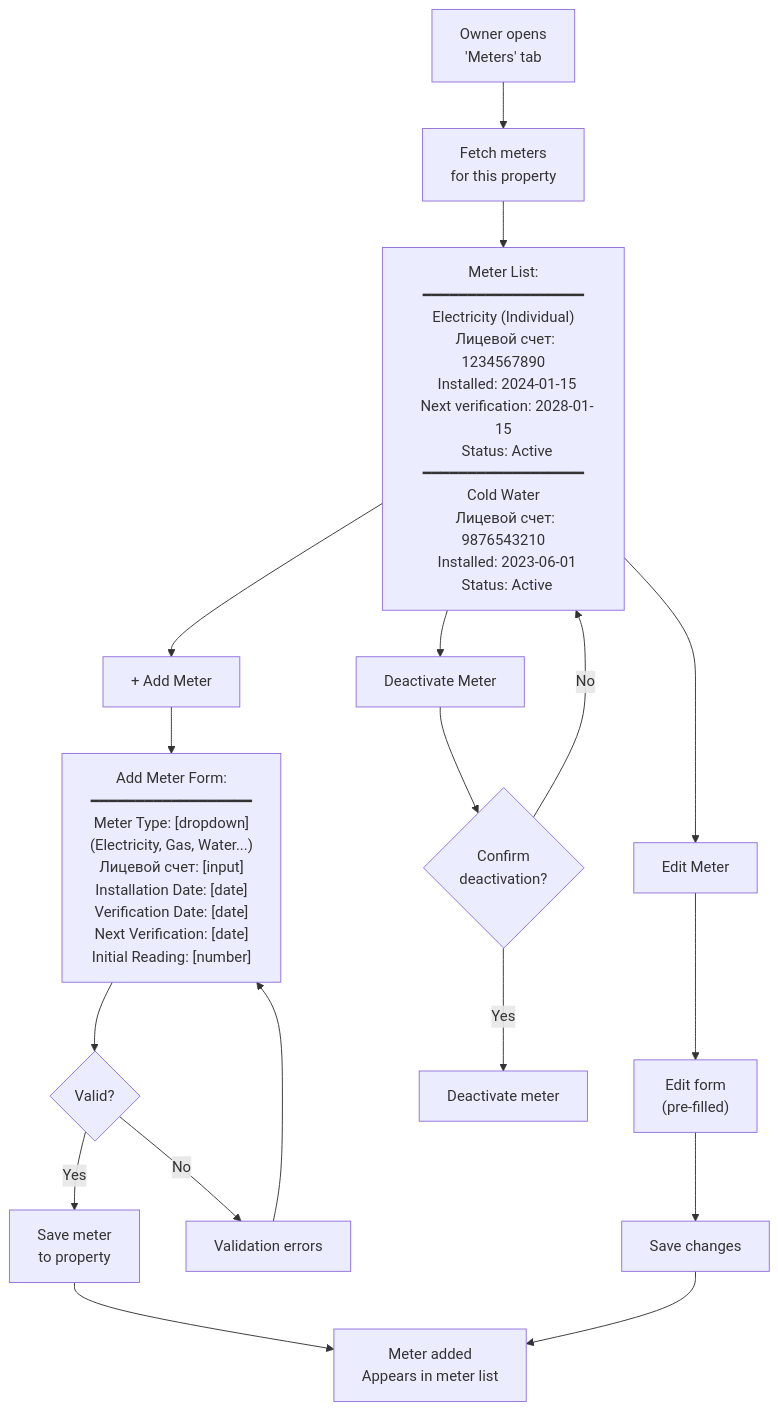
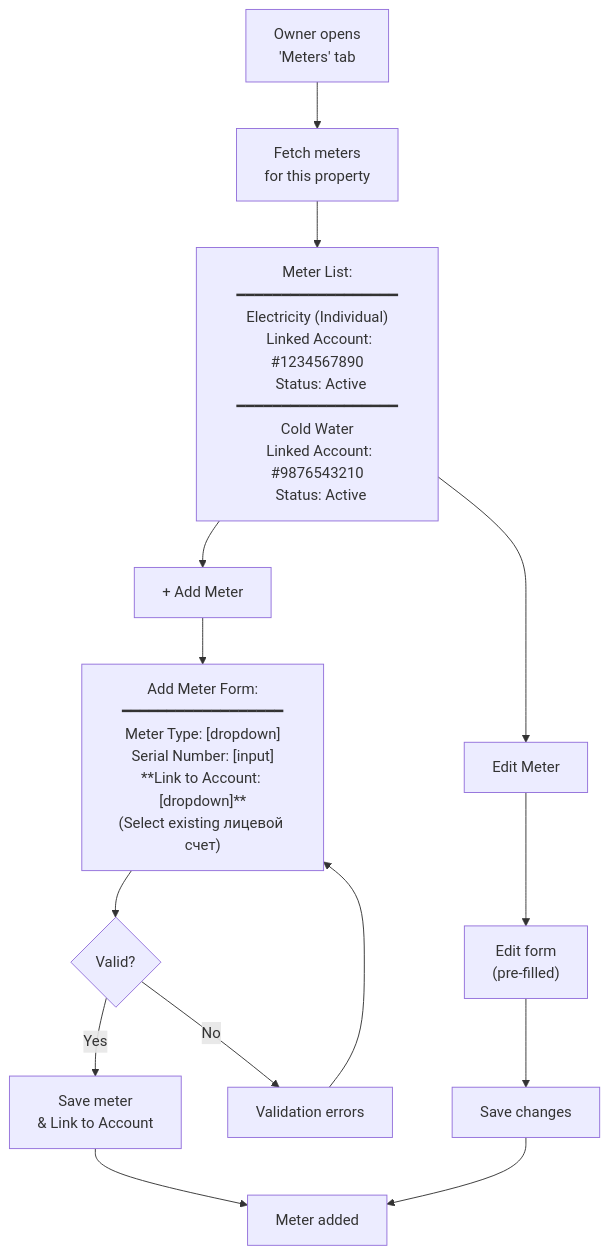
One commit to saodatm-dev/Utilities---Informational-Architecture changed the fourth of 10 diagrams in Utilities - Business Owner.md. Above: the diagram before and after it, drawn with Mermaid. The commit also changed other lines of this file, not shown here.

Commit message:
feat: introduce per-utility account payment responsibility for owners, tenants, and update related flows and UI.

````diff
--- a/Utilities - Business Owner.md
+++ b/Utilities - Business Owner.md
@@ -99,27 +104,22 @@
 ```mermaid
 flowchart TD
     METERS["Owner opens<br/>'Meters' tab"] --> LIST["Fetch meters<br/>for this property"]
 
-    LIST --> VIEW["Meter List:<br/>━━━━━━━━━━━━━━━━━━<br/>Electricity (Individual)<br/>  Лицевой счет: 1234567890<br/>  Installed: 2024-01-15<br/>  Next verification: 2028-01-15<br/>  Status: Active<br/>━━━━━━━━━━━━━━━━━━<br/>Cold Water<br/>  Лицевой счет: 9876543210<br/>  Installed: 2023-06-01<br/>  Status: Active"]
+    LIST --> VIEW["Meter List:<br/>━━━━━━━━━━━━━━━━━━<br/>Electricity (Individual)<br/>  Linked Account: #1234567890<br/>  Status: Active<br/>━━━━━━━━━━━━━━━━━━<br/>Cold Water<br/>  Linked Account: #9876543210<br/>  Status: Active"]
 
     VIEW --> ADD_BTN["+ Add Meter"]
     VIEW --> EDIT_BTN["Edit Meter"]
-    VIEW --> DEACTIVATE["Deactivate Meter"]
 
-    ADD_BTN --> ADD_FORM["Add Meter Form:<br/>━━━━━━━━━━━━━━━━━━<br/>Meter Type: [dropdown]<br/>  (Electricity, Gas, Water...)<br/>Лицевой счет: [input]<br/>Installation Date: [date]<br/>Verification Date: [date]<br/>Next Verification: [date]<br/>Initial Reading: [number]"]
+    ADD_BTN --> ADD_FORM["Add Meter Form:<br/>━━━━━━━━━━━━━━━━━━<br/>Meter Type: [dropdown]<br/>Serial Number: [input]<br/>**Link to Account: [dropdown]**<br/>(Select existing лицевой счет)"]
 
     ADD_FORM --> VALIDATE_FORM{"Valid?"}
-    VALIDATE_FORM -->|"Yes"| SAVE["Save meter<br/>to property"]
+    VALIDATE_FORM -->|"Yes"| SAVE["Save meter<br/>& Link to Account"]
     VALIDATE_FORM -->|"No"| ERROR["Validation errors"]
     ERROR --> ADD_FORM
 
-    SAVE --> SUCCESS["Meter added<br/>Appears in meter list"]
+    SAVE --> SUCCESS["Meter added"]
 
     EDIT_BTN --> EDIT_FORM["Edit form<br/>(pre-filled)"]
     EDIT_FORM --> SAVE_EDIT["Save changes"]
     SAVE_EDIT --> SUCCESS
-
-    DEACTIVATE --> CONFIRM_DEACT{"Confirm<br/>deactivation?"}
-    CONFIRM_DEACT -->|"Yes"| DO_DEACT["Deactivate meter"]
-    CONFIRM_DEACT -->|"No"| VIEW
 ```
````
